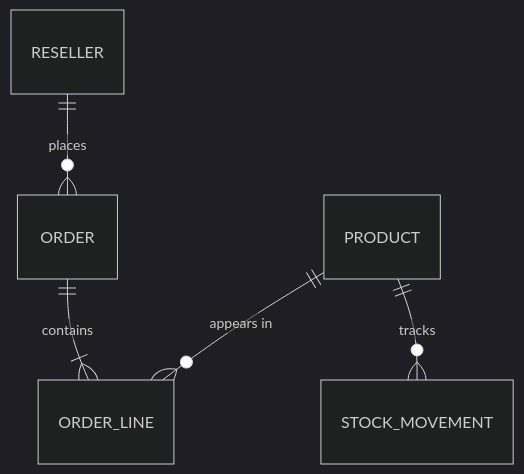
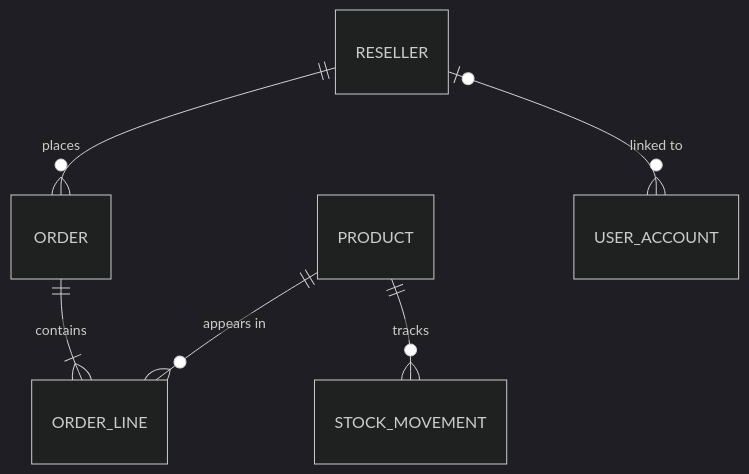
The diagram in docs/design.md (Sledde1337/reseller-order-api), drawn with Mermaid (dark theme) before and after one commit. The commit also changed other lines of this file and 3 other files, not shown here.

````diff
--- a/docs/design.md
+++ b/docs/design.md
@@ -20,7 +22,8 @@
 ```mermaid
 erDiagram
     RESELLER ||--o{ ORDER : places
     ORDER ||--|{ ORDER_LINE : contains
     PRODUCT ||--o{ ORDER_LINE : "appears in"
     PRODUCT ||--o{ STOCK_MOVEMENT : tracks
+    RESELLER |o--o{ USER_ACCOUNT : "linked to"
 ```
````
